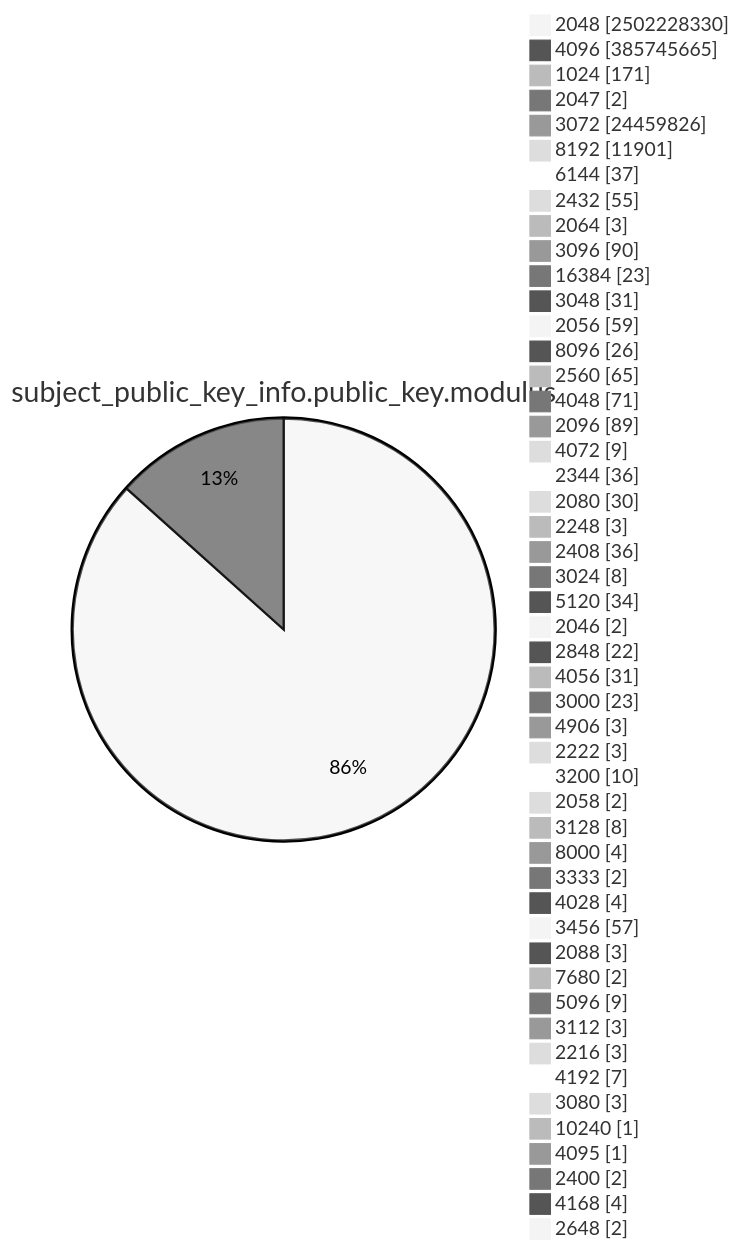
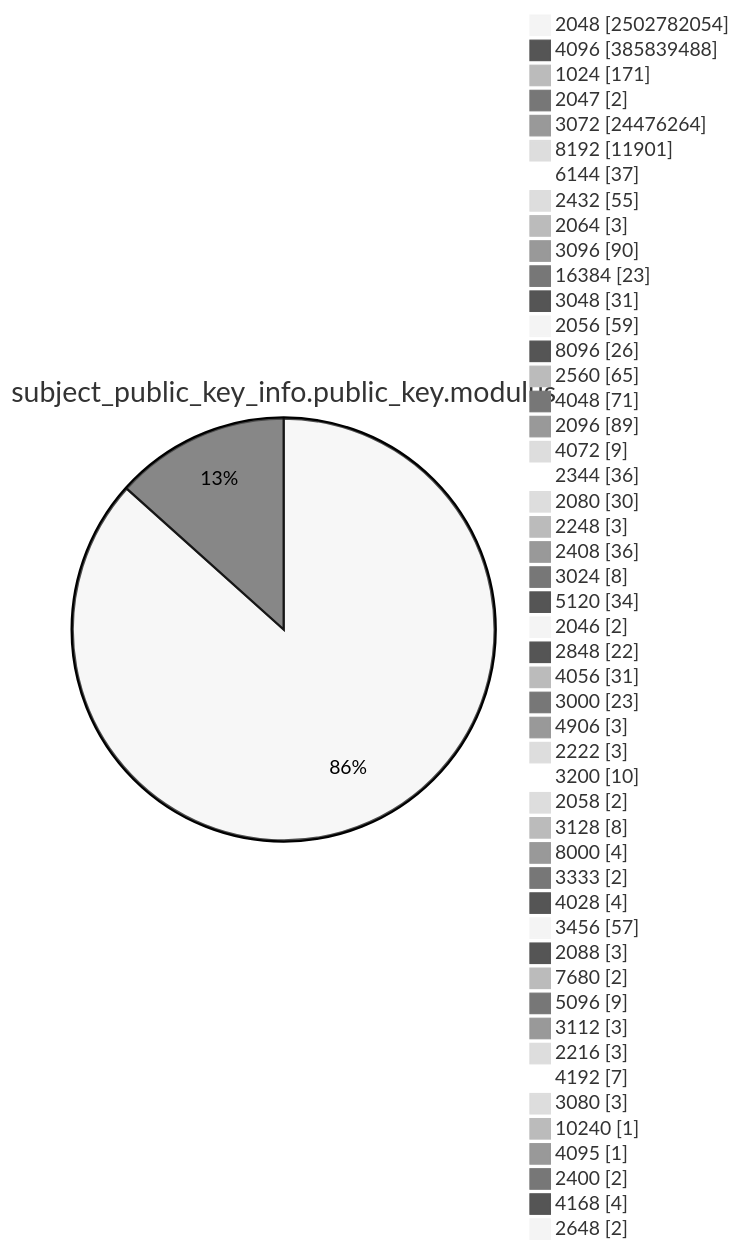
Before and after one commit to christiankrug/ctmonitor_visualization: diagram 13 of 15 in TOTAL/README.md, drawn with Mermaid (neutral theme). The commit also changed other lines of this file, not shown here.

````diff
--- a/TOTAL/README.md
+++ b/TOTAL/README.md
@@ -4169,53 +4169,53 @@
 ```mermaid
 pie showData
 title subject_public_key_info.public_key.modulus
-"2048" :2502228330
-"4096" :385745665
+"2048" :2502782054
+"4096" :385839488
 "1024" :171
 "2047" :2
-"3072" :24459826
+"3072" :24476264
 "8192" :11901
 "6144" :37
 "2432" :55
 "2064" :3
 "3096" :90
 "16384" :23
 "3048" :31
 "2056" :59
 "8096" :26
 "2560" :65
 "4048" :71
 "2096" :89
 "4072" :9
 "2344" :36
 "2080" :30
 "2248" :3
 "2408" :36
 "3024" :8
 "5120" :34
 "2046" :2
 "2848" :22
 "4056" :31
 "3000" :23
 "4906" :3
 "2222" :3
 "3200" :10
 "2058" :2
 "3128" :8
 "8000" :4
 "3333" :2
 "4028" :4
 "3456" :57
 "2088" :3
 "7680" :2
 "5096" :9
 "3112" :3
 "2216" :3
 "4192" :7
 "3080" :3
 "10240" :1
 "4095" :1
 "2400" :2
 "4168" :4
 "2648" :2
 ```
````
